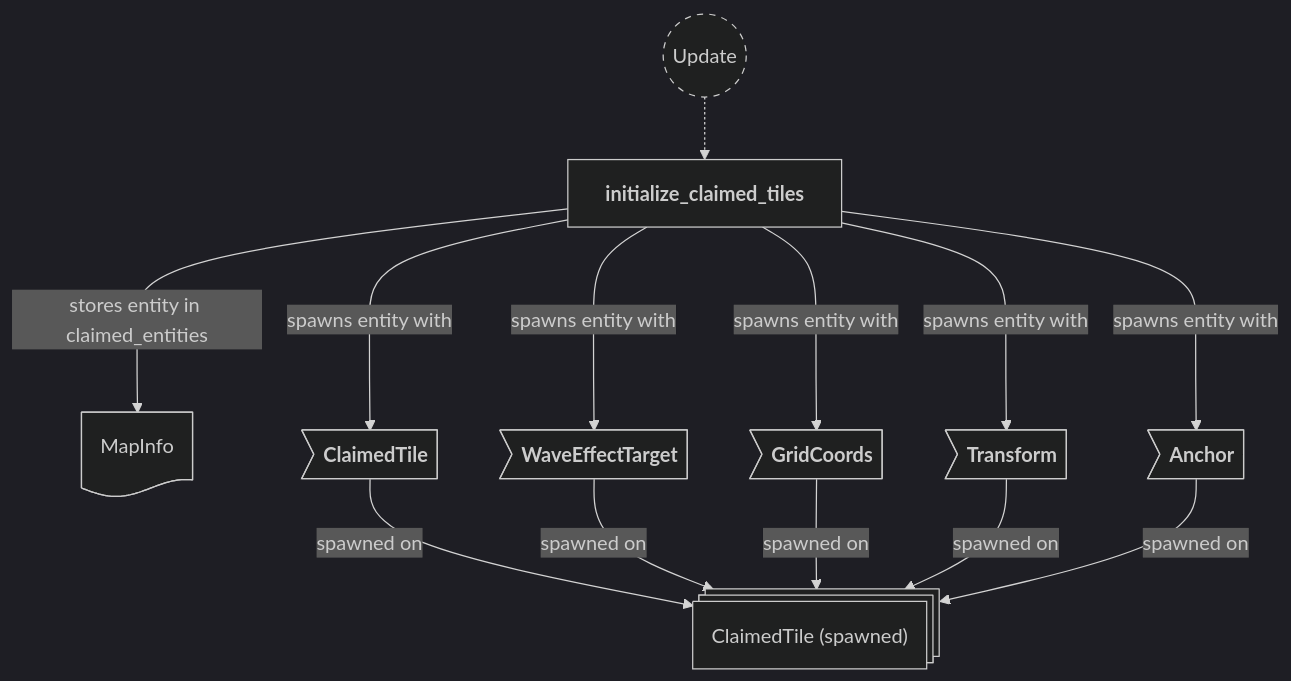
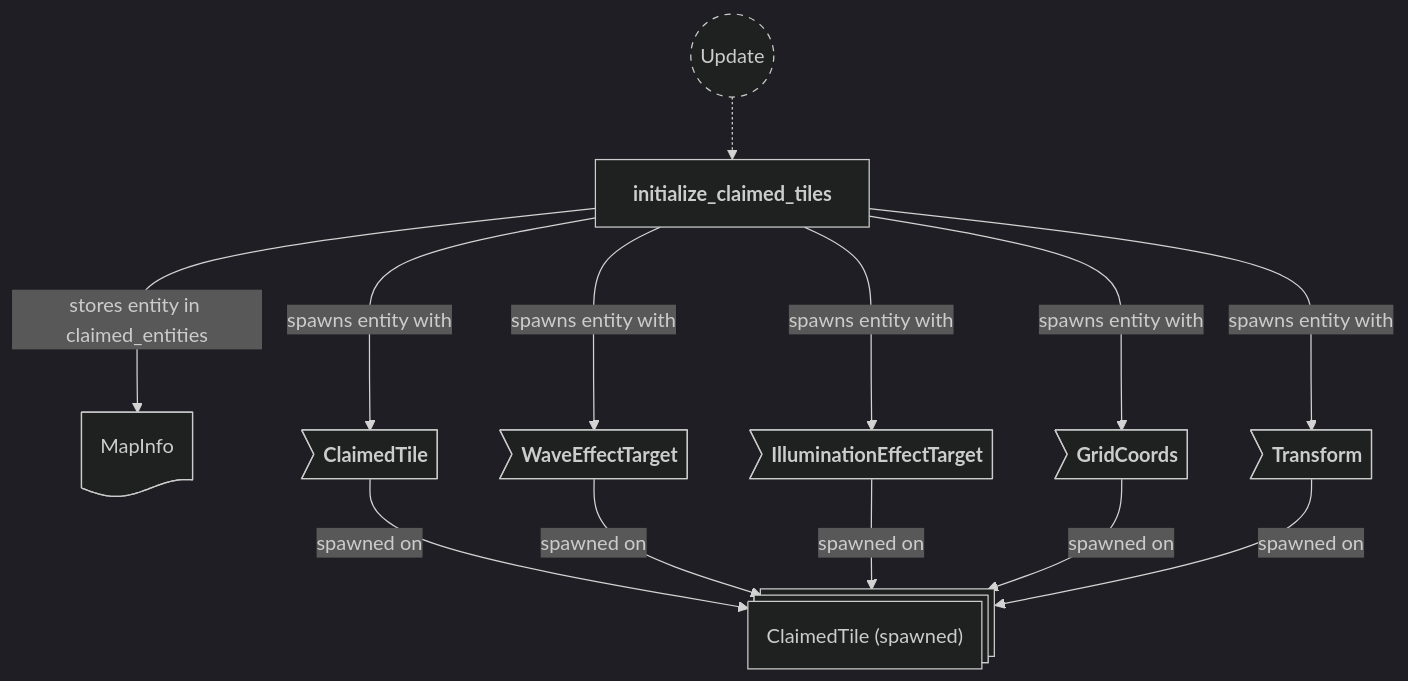
One commit to neurosoup/tyled changed the eighth of 11 diagrams in backlog/docs/doc-3 - 001-Maps-plugin.md. Above: the diagram before and after it, drawn with Mermaid. The commit also changed other lines of this file and 14 other files, not shown here.

First line of the commit message:
Add beam-origin illumination and fix knockback transform-effect race

````diff
--- a/backlog/docs/doc-3 - 001-Maps-plugin.md
+++ b/backlog/docs/doc-3 - 001-Maps-plugin.md
@@ -356,36 +359,36 @@
 ```mermaid
 ---
 config:
   theme: dark
 ---
 
 flowchart TD
 classDef system-group stroke-dasharray: 5 5
 
 update(("`Update`")):::system-group
 initialize_claimed_tiles["`**initialize_claimed_tiles**`"]
 
 update -.-> initialize_claimed_tiles
 
 claimed_tile_entity@{ shape: st-rect, label: "ClaimedTile (spawned)" }
 map_info_res@{ shape: doc, label: "MapInfo" }
 
 ct_claimed_tile>"`**ClaimedTile**`"]
 ct_wave_effect>"`**WaveEffectTarget**`"]
+ct_illumination_effect>"`**IlluminationEffectTarget**`"]
 ct_grid_coords>"`**GridCoords**`"]
 ct_transform>"`**Transform**`"]
-ct_anchor>"`**Anchor**`"]
 
 ct_claimed_tile --> |spawned on| claimed_tile_entity
 ct_wave_effect --> |spawned on| claimed_tile_entity
+ct_illumination_effect --> |spawned on| claimed_tile_entity
 ct_grid_coords --> |spawned on| claimed_tile_entity
 ct_transform --> |spawned on| claimed_tile_entity
-ct_anchor --> |spawned on| claimed_tile_entity
 
 initialize_claimed_tiles ---> |spawns entity with| ct_claimed_tile
 initialize_claimed_tiles ---> |spawns entity with| ct_wave_effect
+initialize_claimed_tiles ---> |spawns entity with| ct_illumination_effect
 initialize_claimed_tiles ---> |spawns entity with| ct_grid_coords
 initialize_claimed_tiles ---> |spawns entity with| ct_transform
-initialize_claimed_tiles ---> |spawns entity with| ct_anchor
 initialize_claimed_tiles ---> |stores entity in claimed_entities| map_info_res
 ```
````
